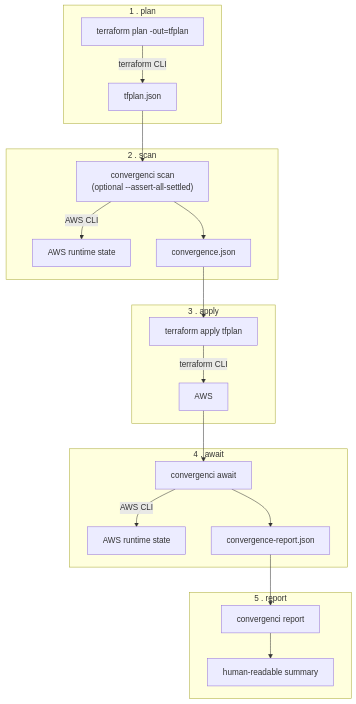
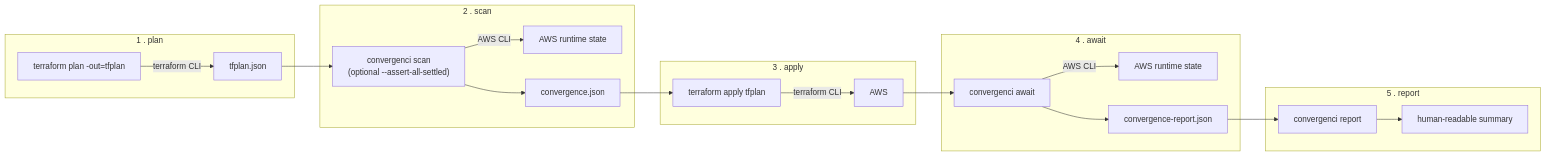
The diagram in README.md (iilei/convergenci), drawn with Mermaid before and after one commit. The commit also changed other lines of this file, not shown here.

````diff
--- a/README.md
+++ b/README.md
@@ -17,29 +17,29 @@
 ```mermaid
-flowchart TD
+flowchart LR
     subgraph P1["1 . plan"]
         A["terraform plan -out=tfplan"] -->|"terraform CLI"| A2["tfplan.json"]
     end
 
     subgraph P2["2 . scan"]
         B["convergenci scan\n(optional --assert-all-settled)"] -->|"AWS CLI"| B2["AWS runtime state"]
         B --> C["convergence.json"]
     end
 
     subgraph P3["3 . apply"]
         D["terraform apply tfplan"] -->|"terraform CLI"| D2["AWS"]
     end
 
     subgraph P4["4 . await"]
         E["convergenci await"] -->|"AWS CLI"| E2["AWS runtime state"]
         E --> F["convergence-report.json"]
     end
 
     subgraph P5["5 . report"]
         G["convergenci report"] --> H["human-readable summary"]
     end
 
     A2 --> B
     C --> D
     D2 --> E
     F --> G
 ```
````
